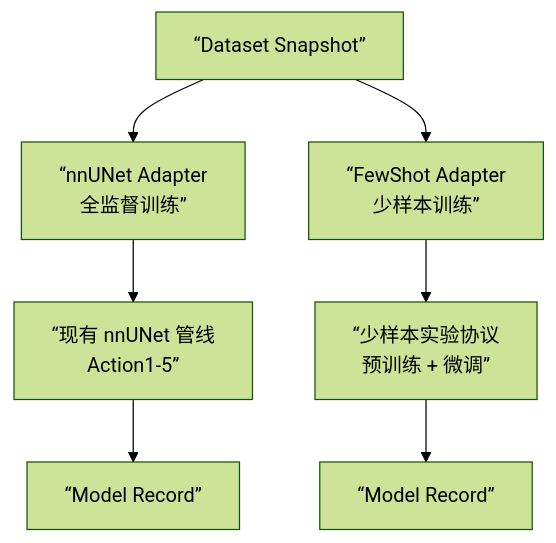
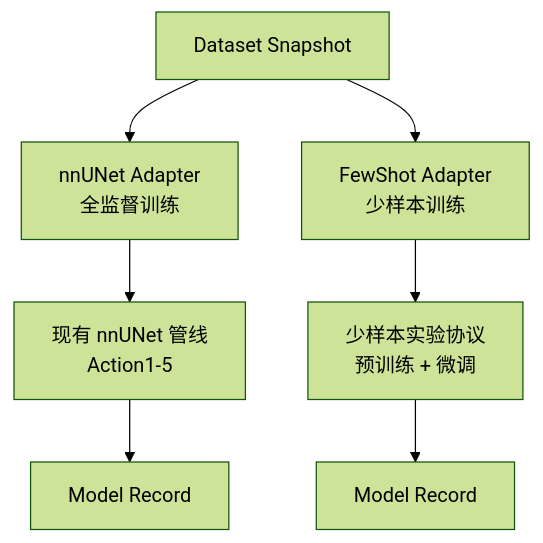
The diagram in docs/domains/training/README.md (ShijianRuan/SegmentationPlatform), drawn with Mermaid (forest theme) before and after one commit. The commit also changed other lines of this file and 26 other files, not shown here.

````diff
--- a/docs/domains/training/README.md
+++ b/docs/domains/training/README.md
@@ -29,20 +29,20 @@
 ```mermaid
 flowchart TB
     accTitle: Training Adapter Architecture
     accDescr: Dataset snapshots feed multiple parallel adapters — nnUNet for full supervision and FewShot for few-shot learning — both producing Model Records.
 
-    snapshot[“Dataset Snapshot”]
-    nnunet[“nnUNet Adapter<br/>全监督训练”]
-    fewshot[“FewShot Adapter<br/>少样本训练”]
-    pipeline[“现有 nnUNet 管线<br/>Action1-5”]
-    fewshot_impl[“少样本实验协议<br/>预训练 + 微调”]
-    model[“Model Record”]
-    model2[“Model Record”]
+    snapshot["Dataset Snapshot"]
+    nnunet["nnUNet Adapter<br/>全监督训练"]
+    fewshot["FewShot Adapter<br/>少样本训练"]
+    pipeline["现有 nnUNet 管线<br/>Action1-5"]
+    fewshot_impl["少样本实验协议<br/>预训练 + 微调"]
+    model["Model Record"]
+    model2["Model Record"]
 
     snapshot --> nnunet
     snapshot --> fewshot
     nnunet --> pipeline
     fewshot --> fewshot_impl
     pipeline --> model
     fewshot_impl --> model2
 ```
````
